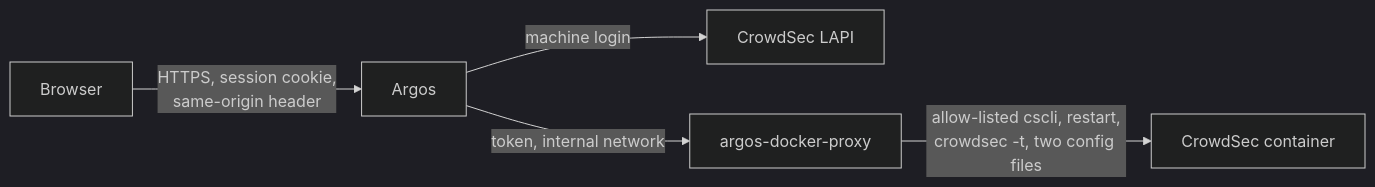
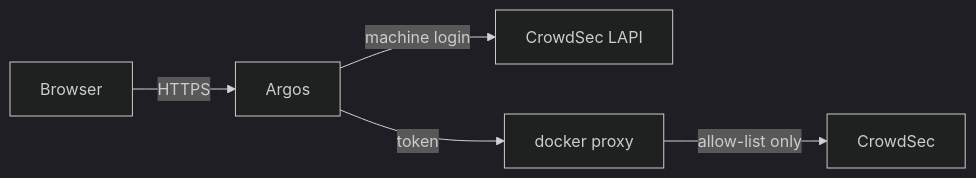
One commit to georgemos940/argos changed the diagram in README.md. Above: the diagram before and after it, drawn with Mermaid (dark theme).

Commit message:
readme: shorter diagram labels

````diff
--- a/README.md
+++ b/README.md
@@ -275,7 +275,7 @@
 ```mermaid
 flowchart LR
-    B[Browser] -->|HTTPS, session cookie,<br>same-origin header| A[Argos]
+    B[Browser] -->|HTTPS| A[Argos]
     A -->|machine login| L[CrowdSec LAPI]
-    A -->|token, internal network| P[argos-docker-proxy]
-    P -->|allow-listed cscli, restart,<br>crowdsec -t, two config files| C[CrowdSec container]
+    A -->|token| P[docker proxy]
+    P -->|allow-list only| C[CrowdSec]
 ```
````
